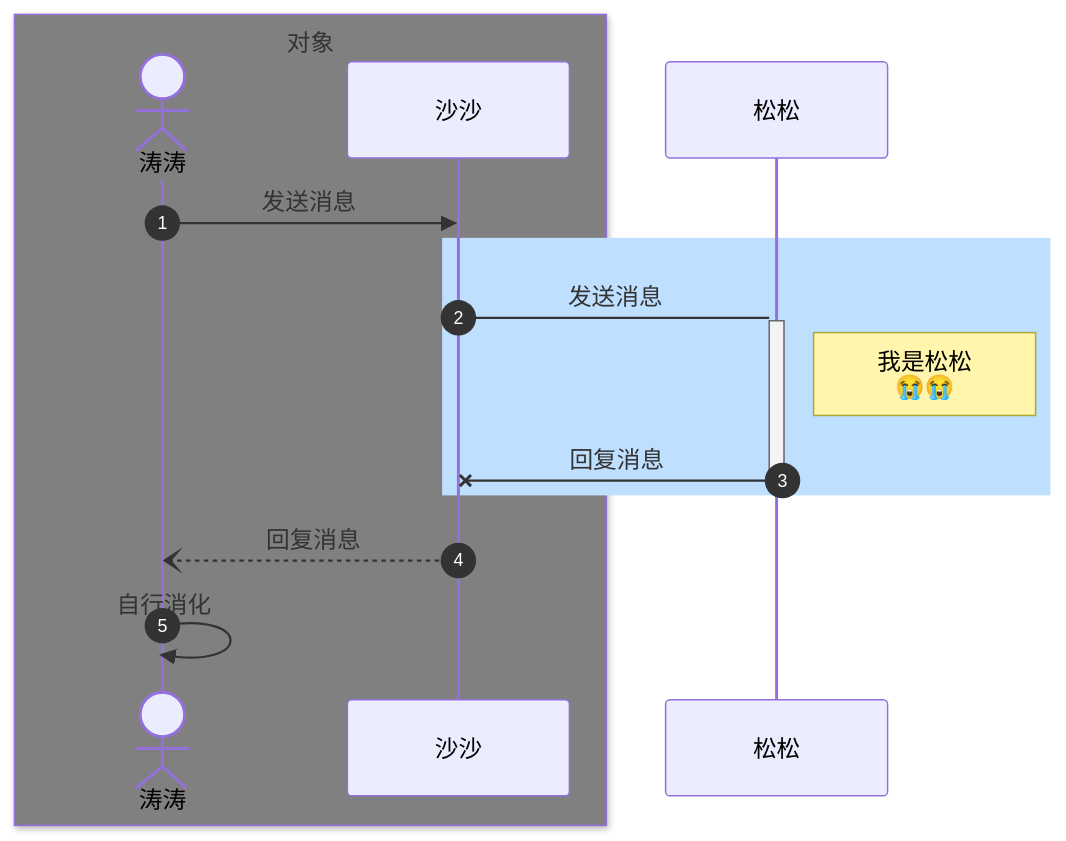
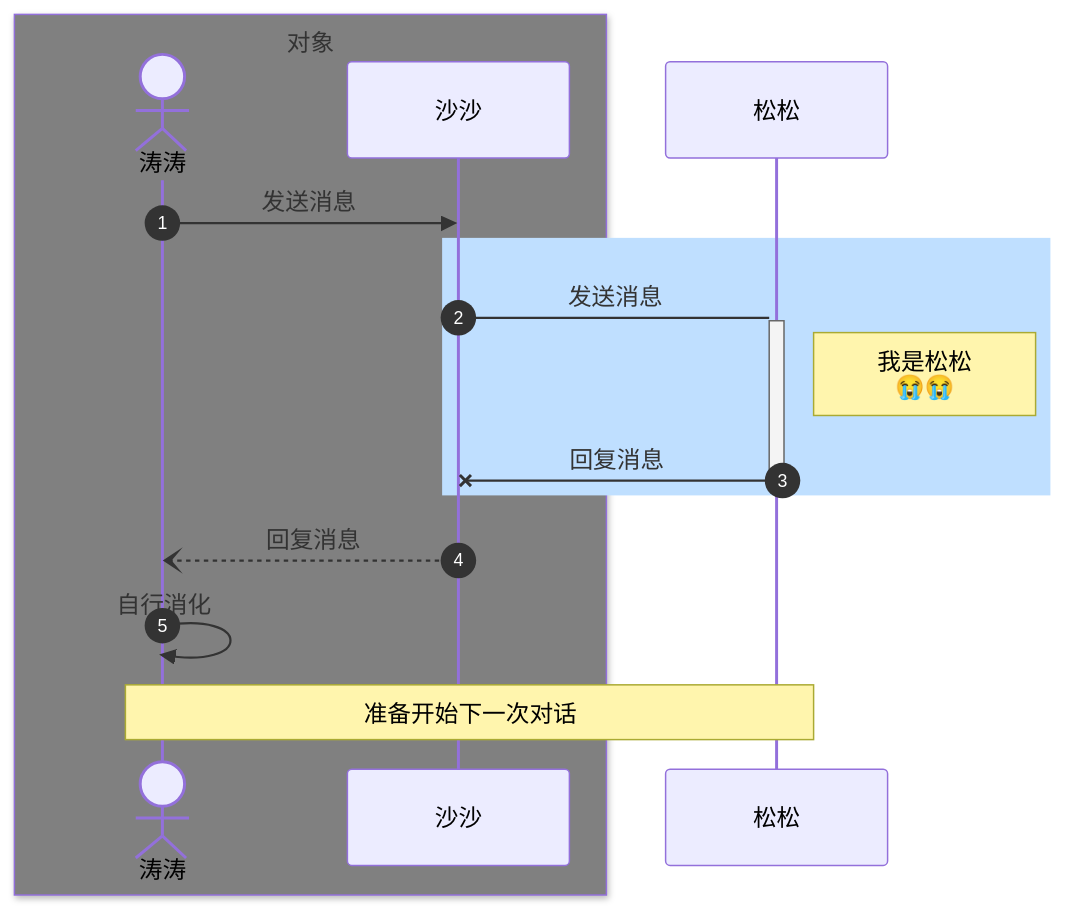
One commit to caojiantao/blog changed the second of 3 diagrams in docs/其他/Markdown 用代码画时序图.md. Above: the diagram before and after it, drawn with Mermaid. The commit also changed other lines of this file, not shown here.

Commit message:
Markdown 用代码画时序图

````diff
--- a/docs/其他/Markdown 用代码画时序图.md
+++ b/docs/其他/Markdown 用代码画时序图.md
@@ -21,19 +46,21 @@
 ```mermaid
 sequenceDiagram
     %% 开启自动行码
     autonumber
     box grey 对象
         actor 涛涛
         participant 沙沙
     end
     participant 松松
     涛涛->>沙沙: 发送消息
     %% +/- 代表激活
     rect rgb(191, 223, 255)
         沙沙->+松松: 发送消息
-        Note right of 松松: 我是松松<br>😭😭
+        note right of 松松: 我是松松<br>😭😭
         松松-x-沙沙: 回复消息
     end
     沙沙--)涛涛: 回复消息
     涛涛->>涛涛: 自行消化
+
+    note over 涛涛,松松 :准备开始下一次对话
 ```
````
